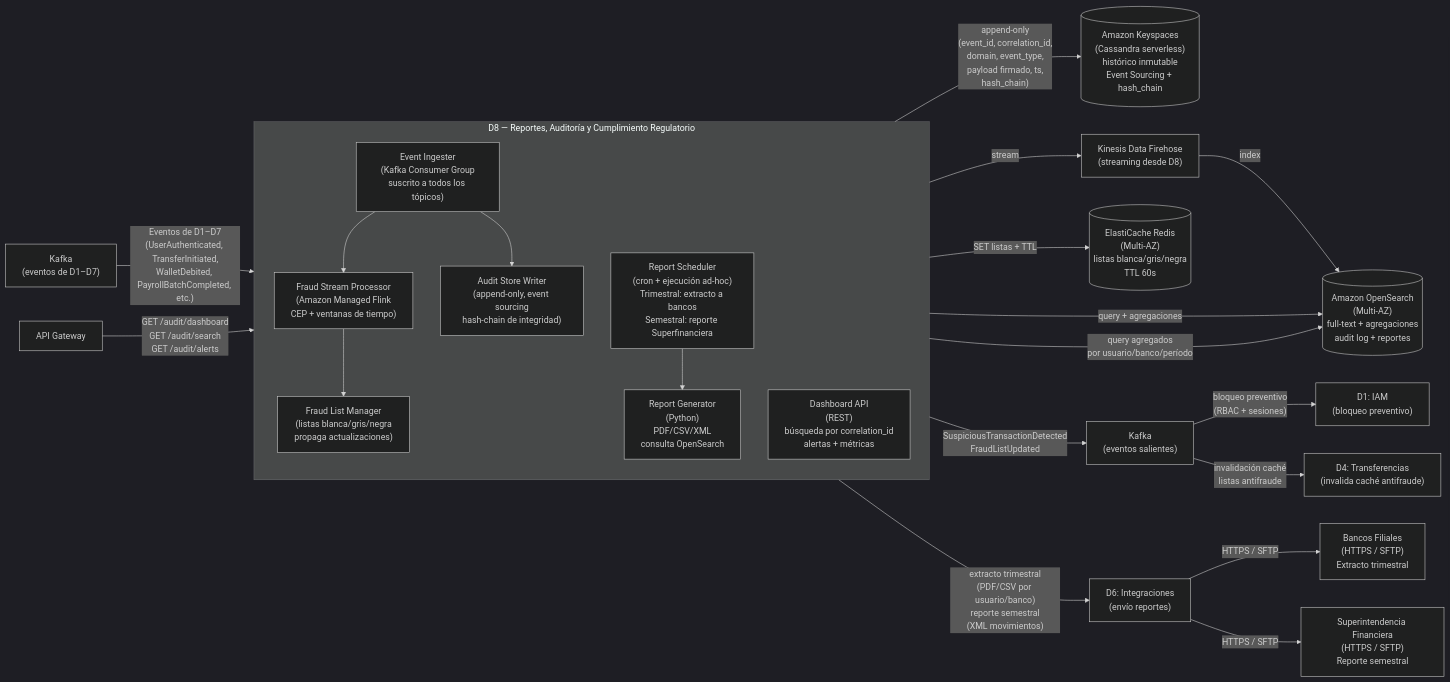
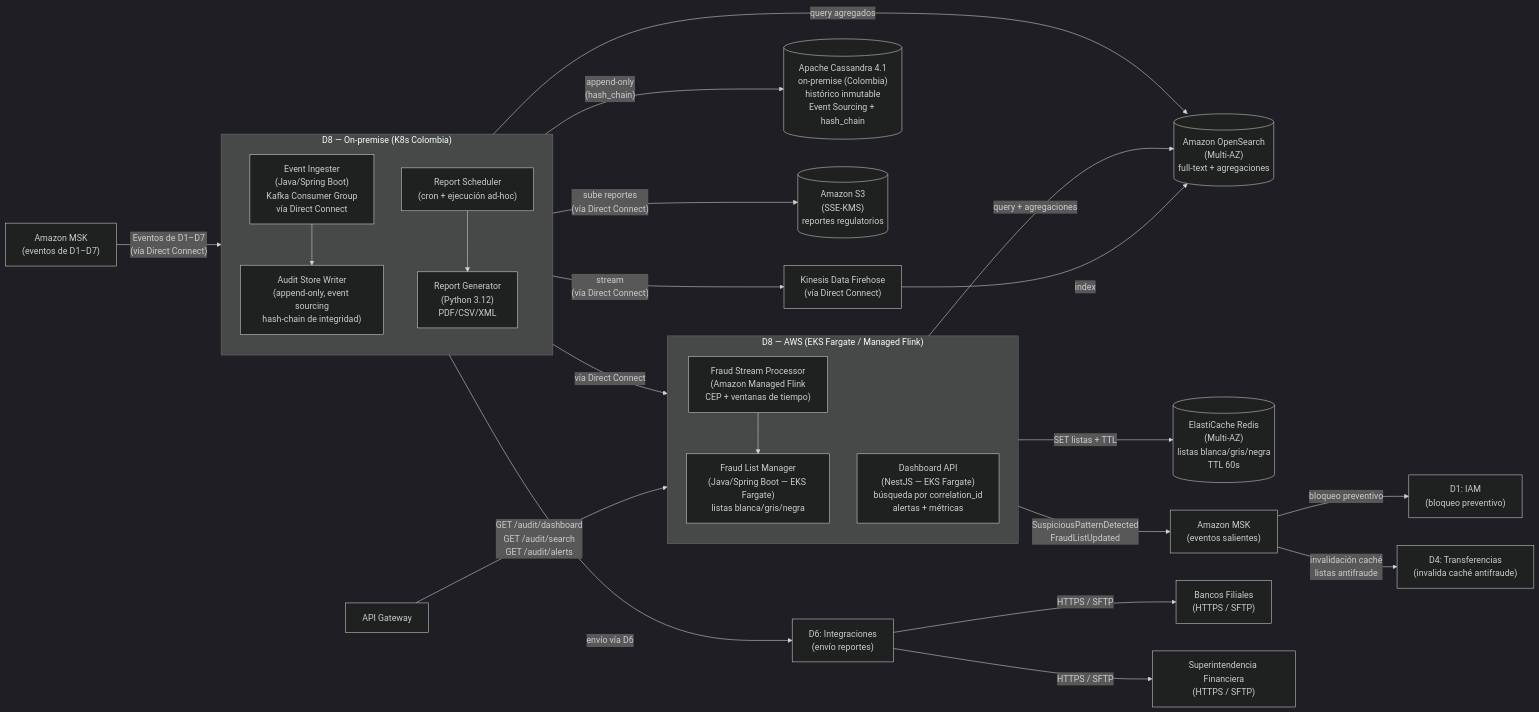
Before and after one commit to ortizSimon/GuionArquitecturas: the eighth of 8 diagrams in secciones/seccion_3_diagrama.md, drawn with Mermaid (dark theme). The commit also changed other lines of this file and 11 other files, not shown here.

````diff
--- a/secciones/seccion_3_diagrama.md
+++ b/secciones/seccion_3_diagrama.md
@@ -513,74 +527,81 @@
 ```mermaid
 
 graph LR
   %% ── Entradas (izquierda) ──────────────────────────────────────
-  KAFKA_IN["Kafka\n(eventos de D1–D7)"]
+  KAFKA_IN["Amazon MSK\n(eventos de D1–D7)"]
 
-  %% ── D8 (centro) ───────────────────────────────────────────────
-  subgraph D8["D8 — Reportes, Auditoría y Cumplimiento Regulatorio"]
+  %% ── D8 On-premise (Colombia) ─────────────────────────────────
+  subgraph D8_ONPREM["D8 — On-premise (K8s Colombia)"]
     direction TB
 
-    EventIngester["Event Ingester\n(Kafka Consumer Group\nsuscrito a todos los tópicos)"]
-
-    FraudStreamProcessor["Fraud Stream Processor\n(Amazon Managed Flink\nCEP + ventanas de tiempo)"]
-
-    FraudListManager["Fraud List Manager\n(listas blanca/gris/negra\npropaga actualizaciones)"]
+    EventIngester["Event Ingester\n(Java/Spring Boot)\nKafka Consumer Group\nvía Direct Connect"]
 
     AuditStoreWriter["Audit Store Writer\n(append-only, event sourcing\nhash-chain de integridad)"]
 
-    ReportScheduler["Report Scheduler\n(cron + ejecución ad-hoc)\nTrimestral: extracto a bancos\nSemestral: reporte Superfinanciera"]
+    ReportGenerator["Report Generator\n(Python 3.12)\nPDF/CSV/XML"]
 
-    ReportGenerator["Report Generator\n(Python)\nPDF/CSV/XML\nconsulta OpenSearch"]
+    ReportScheduler["Report Scheduler\n(cron + ejecución ad-hoc)"]
 
-    DashboardAPI["Dashboard API\n(REST)\nbúsqueda por correlation_id\nalertas + métricas"]
-
-    %% Flujo interno
-    EventIngester --> FraudStreamProcessor
-    FraudStreamProcessor --> FraudListManager
     EventIngester --> AuditStoreWriter
     ReportScheduler --> ReportGenerator
   end
 
-  %% ── Almacenamiento (abajo / derecha-inferior) ──────────────────
-  KEYSPACES[("Amazon Keyspaces\n(Cassandra serverless)\nhistórico inmutable\nEvent Sourcing + hash_chain")]
+  %% ── D8 AWS (EKS) ─────────────────────────────────────────────
+  subgraph D8_AWS["D8 — AWS (EKS Fargate / Managed Flink)"]
+    direction TB
 
-  FIREHOSE["Kinesis Data Firehose\n(streaming desde D8)"]
+    FraudStreamProcessor["Fraud Stream Processor\n(Amazon Managed Flink\nCEP + ventanas de tiempo)"]
 
-  OPENSEARCH[("Amazon OpenSearch\n(Multi-AZ)\nfull-text + agregaciones\naudit log + reportes")]
+    FraudListManager["Fraud List Manager\n(Java/Spring Boot — EKS Fargate)\nlistas blanca/gris/negra"]
+
+    DashboardAPI["Dashboard API\n(NestJS — EKS Fargate)\nbúsqueda por correlation_id\nalertas + métricas"]
+  end
+
+  %% ── Almacenamiento ──────────────────────────────────────────
+  CASSANDRA[("Apache Cassandra 4.1\non-premise (Colombia)\nhistórico inmutable\nEvent Sourcing + hash_chain")]
+
+  S3[("Amazon S3\n(SSE-KMS)\nreportes regulatorios")]
+
+  FIREHOSE["Kinesis Data Firehose\n(vía Direct Connect)"]
+
+  OPENSEARCH[("Amazon OpenSearch\n(Multi-AZ)\nfull-text + agregaciones")]
 
   REDIS[("ElastiCache Redis\n(Multi-AZ)\nlistas blanca/gris/negra\nTTL 60s")]
 
   %% ── Salidas (derecha) ─────────────────────────────────────────
-  KAFKA_OUT["Kafka\n(eventos salientes)"]
+  KAFKA_OUT["Amazon MSK\n(eventos salientes)"]
   D1["D1: IAM\n(bloqueo preventivo)"]
   D4["D4: Transferencias\n(invalida caché antifraude)"]
   D6["D6: Integraciones\n(envío reportes)"]
-  BANCOS["Bancos Filiales\n(HTTPS / SFTP)\nExtracto trimestral"]
-  SUPERF["Superintendencia Financiera\n(HTTPS / SFTP)\nReporte semestral"]
+  BANCOS["Bancos Filiales\n(HTTPS / SFTP)"]
+  SUPERF["Superintendencia Financiera\n(HTTPS / SFTP)"]
   APIGW["API Gateway"]
 
-  %% ── Ingesta desde dominios ────────────────────────────────────
-  KAFKA_IN -->|"Eventos de D1–D7\n(UserAuthenticated, TransferInitiated,\nWalletDebited, PayrollBatchCompleted, etc.)"| EventIngester
+  %% ── Ingesta desde dominios (vía Direct Connect) ─────────────
+  KAFKA_IN -->|"Eventos de D1–D7\n(vía Direct Connect)"| EventIngester
+  EventIngester -->|"vía Direct Connect"| FraudStreamProcessor
+  FraudStreamProcessor --> FraudListManager
 
-  %% ── Persistencia + indexación ──────────────────────────────────
-  AuditStoreWriter -->|"append-only\n(event_id, correlation_id,\ndomain, event_type,\npayload firmado, ts,\nhash_chain)"| KEYSPACES
+  %% ── Persistencia on-premise + indexación AWS ────────────────
+  AuditStoreWriter -->|"append-only\n(hash_chain)"| CASSANDRA
 
-  AuditStoreWriter -->|"stream"| FIREHOSE -->|"index"| OPENSEARCH
+  AuditStoreWriter -->|"stream\n(vía Direct Connect)"| FIREHOSE -->|"index"| OPENSEARCH
+
+  %% ── Reportes (on-premise → S3 vía DC) ────────────────────────
+  ReportGenerator -->|"query agregados"| OPENSEARCH
+  ReportGenerator -->|"sube reportes\n(vía Direct Connect)"| S3
+  ReportGenerator -->|"envío vía D6"| D6
+  D6 -->|"HTTPS / SFTP"| BANCOS
+  D6 -->|"HTTPS / SFTP"| SUPERF
 
   %% ── Fraude (listas + eventos) ──────────────────────────────────
   FraudListManager -->|"SET listas + TTL"| REDIS
-  FraudListManager -->|"SuspiciousTransactionDetected\nFraudListUpdated"| KAFKA_OUT
-  KAFKA_OUT -->|"bloqueo preventivo\n(RBAC + sesiones)"| D1
+  FraudListManager -->|"SuspiciousPatternDetected\nFraudListUpdated"| KAFKA_OUT
+  KAFKA_OUT -->|"bloqueo preventivo"| D1
   KAFKA_OUT -->|"invalidación caché\nlistas antifraude"| D4
-
-  %% ── Reportes regulatorios (vía D6) ─────────────────────────────
-  ReportGenerator -->|"extracto trimestral\n(PDF/CSV por usuario/banco)\nreporte semestral\n(XML movimientos)"| D6
-  D6 -->|"HTTPS / SFTP"| BANCOS
-  D6 -->|"HTTPS / SFTP"| SUPERF
 
   %% ── Consultas / Dashboard ──────────────────────────────────────
   APIGW -->|"GET /audit/dashboard\nGET /audit/search\nGET /audit/alerts"| DashboardAPI
   DashboardAPI -->|"query + agregaciones"| OPENSEARCH
-  ReportGenerator -->|"query agregados\npor usuario/banco/período"| OPENSEARCH
 
 ```
````
